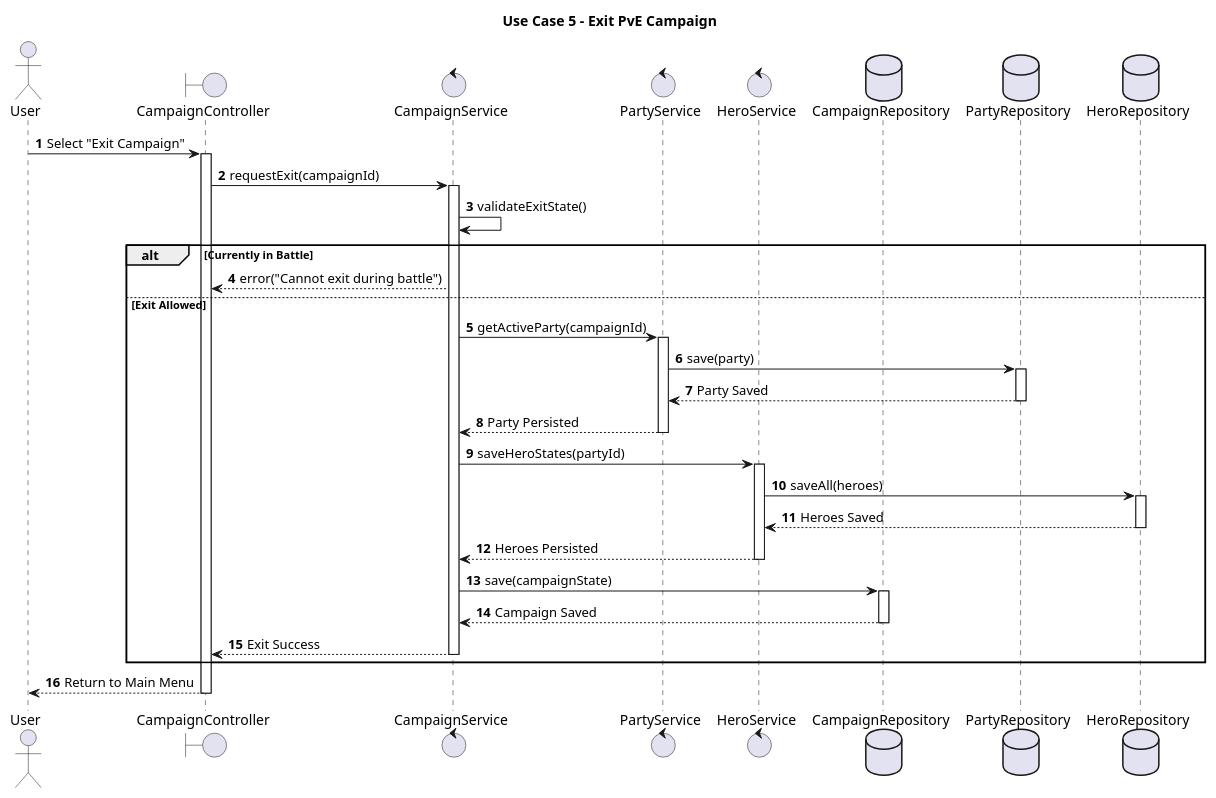
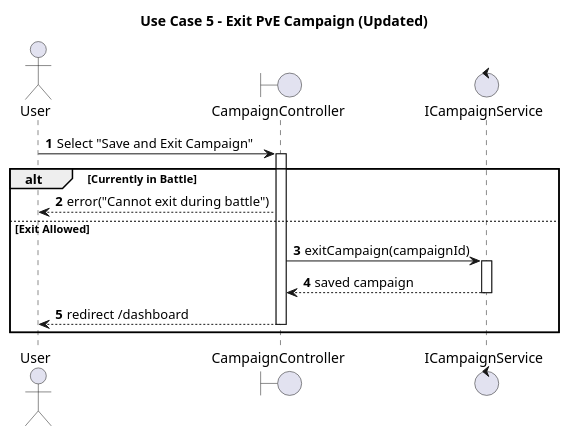
The diagram in Sequence Diagrams/Use Case 5_Exit PvE Campaign.puml (MohammedPatel-yorku/LegendsOfSwordAndWand), drawn with PlantUML before and after one commit. The commit also changed 15 other files, not shown here.

Commit message:
Documentation & Diagrams Updated

```diff
--- a/Sequence Diagrams/Use Case 5_Exit PvE Campaign.puml
+++ b/Sequence Diagrams/Use Case 5_Exit PvE Campaign.puml
@@ -1,62 +1,32 @@
 @startuml
 'https://plantuml.com/sequence-diagram
 
 autonumber
 
-title Use Case 5 - Exit PvE Campaign
+skinparam responseMessageBelowArrow true
+
+title Use Case 5 - Exit PvE Campaign (Updated)
 
 actor User
 
 boundary CampaignController
-control CampaignService
-control PartyService
-control HeroService
-database CampaignRepository
-database PartyRepository
-database HeroRepository
+control ICampaignService
 
-User -> CampaignController: Select "Exit Campaign"
+User -> CampaignController: Select "Save and Exit Campaign"
 activate CampaignController
 
-CampaignController -> CampaignService: requestExit(campaignId)
-activate CampaignService
-
-CampaignService -> CampaignService: validateExitState()
-
 alt Currently in Battle
-    CampaignService --> CampaignController: error("Cannot exit during battle")
+    CampaignController --> User: error("Cannot exit during battle")
 
 else Exit Allowed
-    CampaignService -> PartyService: getActiveParty(campaignId)
-    activate PartyService
-    PartyService -> PartyRepository: save(party)
-    activate PartyRepository
+    CampaignController -> ICampaignService: exitCampaign(campaignId)
+    activate ICampaignService
+    ICampaignService --> CampaignController: saved campaign
+    deactivate ICampaignService
 
-    PartyRepository --> PartyService: Party Saved
-    deactivate PartyRepository
-    PartyService --> CampaignService: Party Persisted
-    deactivate PartyService
+    CampaignController --> User: redirect /dashboard
+    deactivate CampaignController
 
-    CampaignService -> HeroService: saveHeroStates(partyId)
-    activate HeroService
-    HeroService -> HeroRepository: saveAll(heroes)
-    activate HeroRepository
-
-    HeroRepository --> HeroService: Heroes Saved
-    deactivate HeroRepository
-    HeroService --> CampaignService: Heroes Persisted
-    deactivate HeroService
-
-    CampaignService -> CampaignRepository: save(campaignState)
-    activate CampaignRepository
-    CampaignRepository --> CampaignService: Campaign Saved
-    deactivate CampaignRepository
-
-    CampaignService --> CampaignController: Exit Success
-    deactivate CampaignService
 end
 
-CampaignController --> User: Return to Main Menu
-deactivate CampaignController
-
 @enduml
```
